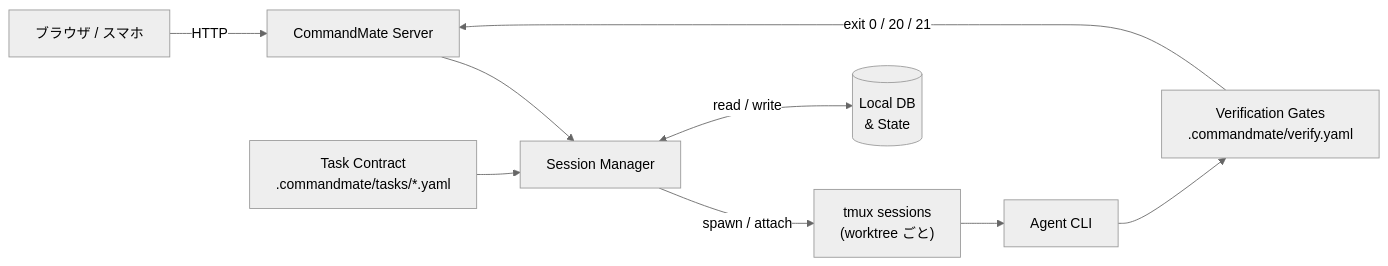
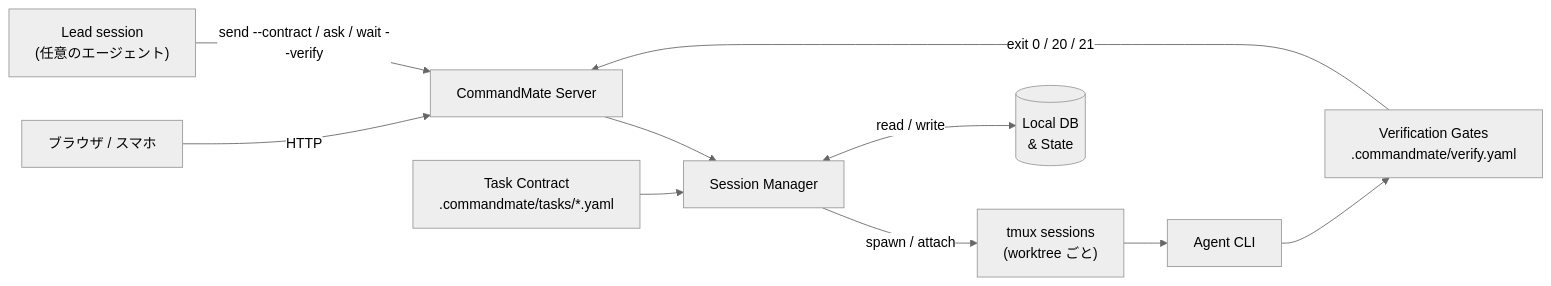
The diagram in docs/ja/README.md (Kewton/CommandMate), drawn with Mermaid (neutral theme) before and after one commit. The commit also changed other lines of this file and 60 other files, not shown here.

````diff
--- a/docs/ja/README.md
+++ b/docs/ja/README.md
@@ -134,11 +250,12 @@
 ```mermaid
 flowchart LR
     A["ブラウザ / スマホ"] -->|HTTP| B["CommandMate Server"]
+    L["Lead session\n(任意のエージェント)"] -->|"send --contract / ask / wait --verify"| B
     B --> C["Session Manager"]
     G["Task Contract\n.commandmate/tasks/*.yaml"] --> C
     C -->|"spawn / attach"| D["tmux sessions\n(worktree ごと)"]
     D --> E["Agent CLI"]
     C <-->|"read / write"| F[("Local DB\n& State")]
     E --> H["Verification Gates\n.commandmate/verify.yaml"]
     H -->|"exit 0 / 20 / 21"| B
 ```
````
